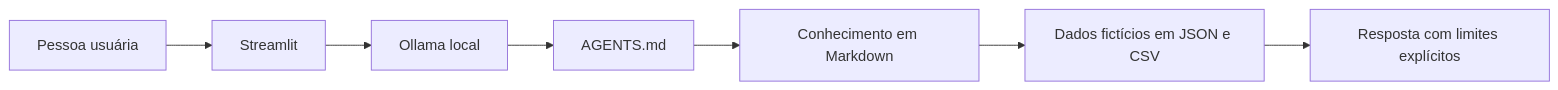
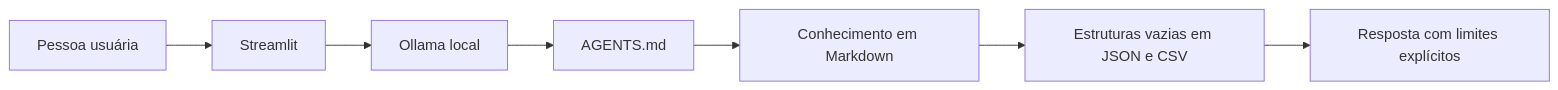
Before and after one commit to HenriqueZT/Lary-IA-DIO: the diagram in docs/01-documentacao-agente.md, drawn with Mermaid. The commit also changed other lines of this file and 16 other files, not shown here.

````diff
--- a/docs/01-documentacao-agente.md
+++ b/docs/01-documentacao-agente.md
@@ -18,9 +18,9 @@
 ```mermaid
 flowchart LR
     U[Pessoa usuária] --> S[Streamlit]
     S --> O[Ollama local]
     O --> A[AGENTS.md]
     A --> K[Conhecimento em Markdown]
-    K --> D[Dados fictícios em JSON e CSV]
+    K --> D[Estruturas vazias em JSON e CSV]
     D --> R[Resposta com limites explícitos]
 ```
````
